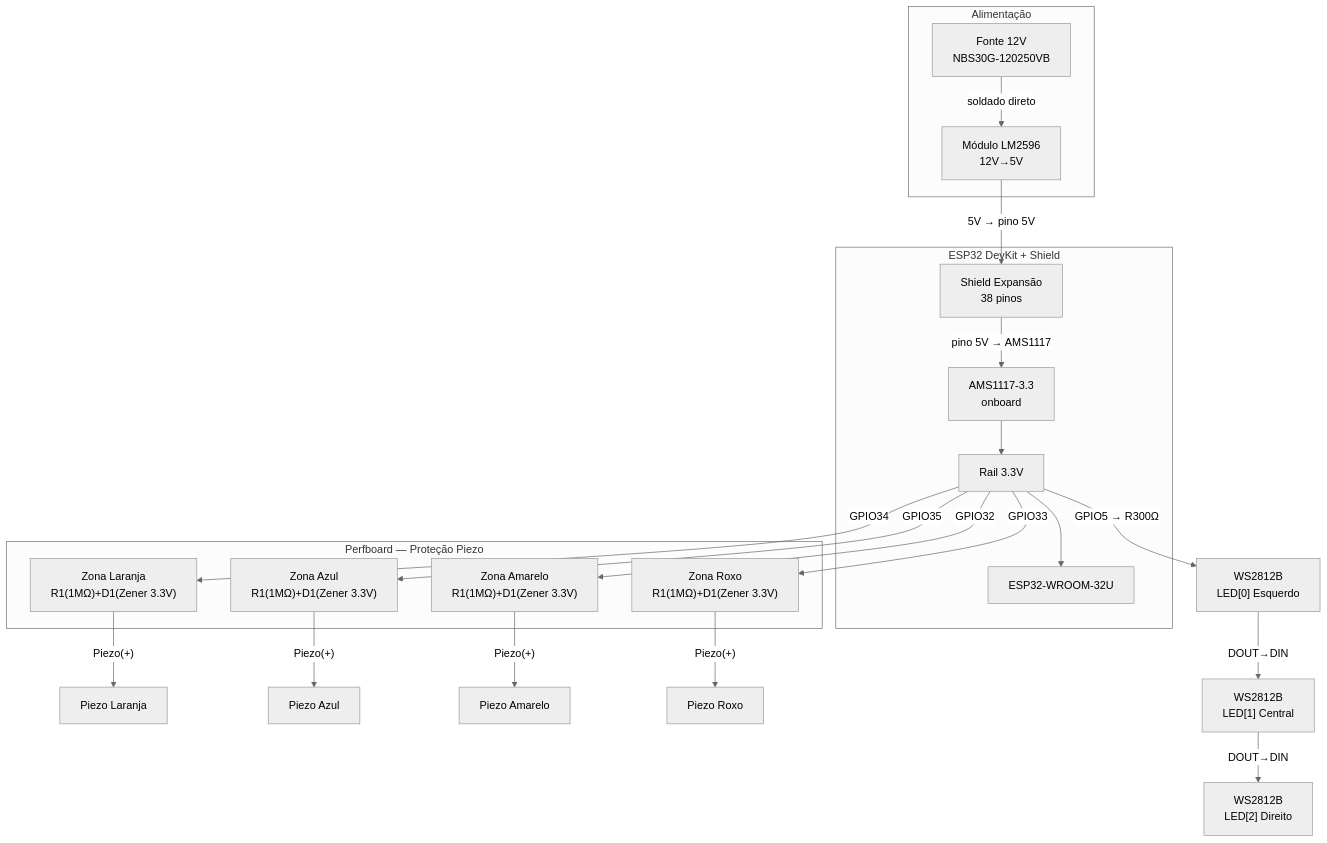
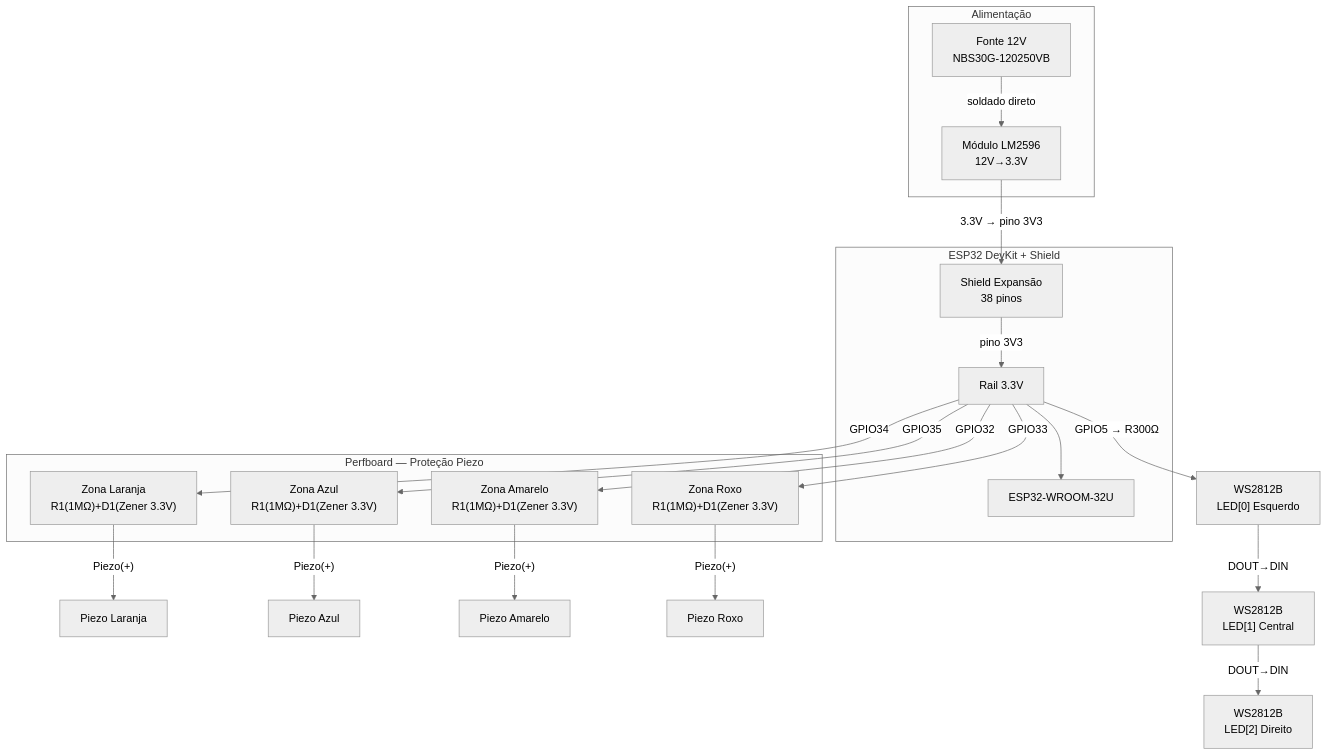
Before and after one commit to engsofjvolfe/42: the diagram in hardware/09_conexoes.md, drawn with Mermaid (neutral theme). The commit also changed other lines of this file, not shown here.

````diff
--- a/hardware/09_conexoes.md
+++ b/hardware/09_conexoes.md
@@ -42,40 +42,38 @@
 ```mermaid
 flowchart TD
     subgraph ALIMENTACAO["Alimentação"]
         FONTE["Fonte 12V\nNBS30G-120250VB"]
-        LM["Módulo LM2596\n12V→5V"]
+        LM["Módulo LM2596\n12V→3.3V"]
         FONTE -->|soldado direto| LM
     end
 
     subgraph ESP32_SYSTEM["ESP32 DevKit + Shield"]
         SHIELD["Shield Expansão\n38 pinos"]
-        AMS["AMS1117-3.3\nonboard"]
         ESP["ESP32-WROOM-32U"]
         RAIL33["Rail 3.3V"]
-        LM -->|"5V → pino 5V"| SHIELD
-        SHIELD -->|"pino 5V → AMS1117"| AMS
-        AMS --> RAIL33
+        LM -->|"3.3V → pino 3V3"| SHIELD
+        SHIELD -->|"pino 3V3"| RAIL33
         RAIL33 --> ESP
     end
 
     subgraph PROTECAO["Perfboard — Proteção Piezo"]
         PROT1["Zona Laranja\nR1(1MΩ)+D1(Zener 3.3V)"]
         PROT2["Zona Azul\nR1(1MΩ)+D1(Zener 3.3V)"]
         PROT3["Zona Amarelo\nR1(1MΩ)+D1(Zener 3.3V)"]
         PROT4["Zona Roxo\nR1(1MΩ)+D1(Zener 3.3V)"]
     end
 
     RAIL33 -->|GPIO34| PROT1
     RAIL33 -->|GPIO35| PROT2
     RAIL33 -->|GPIO32| PROT3
     RAIL33 -->|GPIO33| PROT4
 
     PROT1 -->|"Piezo(+)"| PZ1["Piezo Laranja"]
     PROT2 -->|"Piezo(+)"| PZ2["Piezo Azul"]
     PROT3 -->|"Piezo(+)"| PZ3["Piezo Amarelo"]
     PROT4 -->|"Piezo(+)"| PZ4["Piezo Roxo"]
 
     RAIL33 -->|"GPIO5 → R300Ω"| LED0["WS2812B\nLED[0] Esquerdo"]
     LED0 -->|DOUT→DIN| LED1["WS2812B\nLED[1] Central"]
     LED1 -->|DOUT→DIN| LED2["WS2812B\nLED[2] Direito"]
 ```
````
